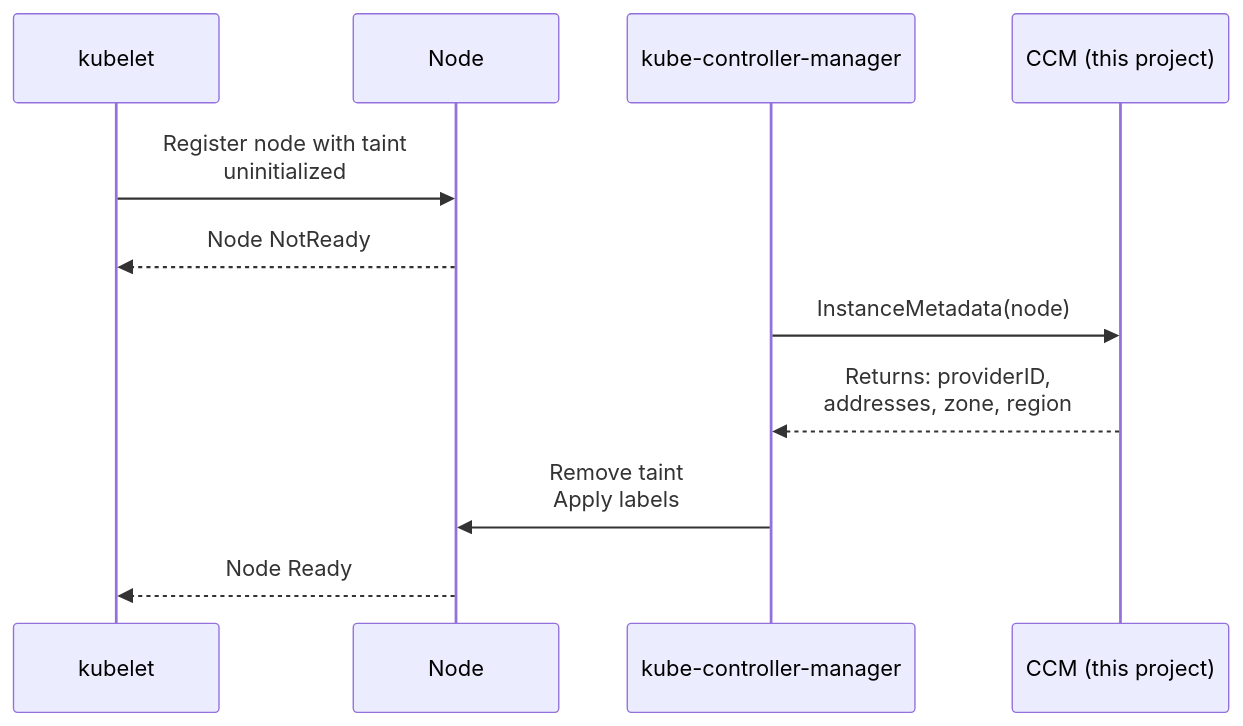
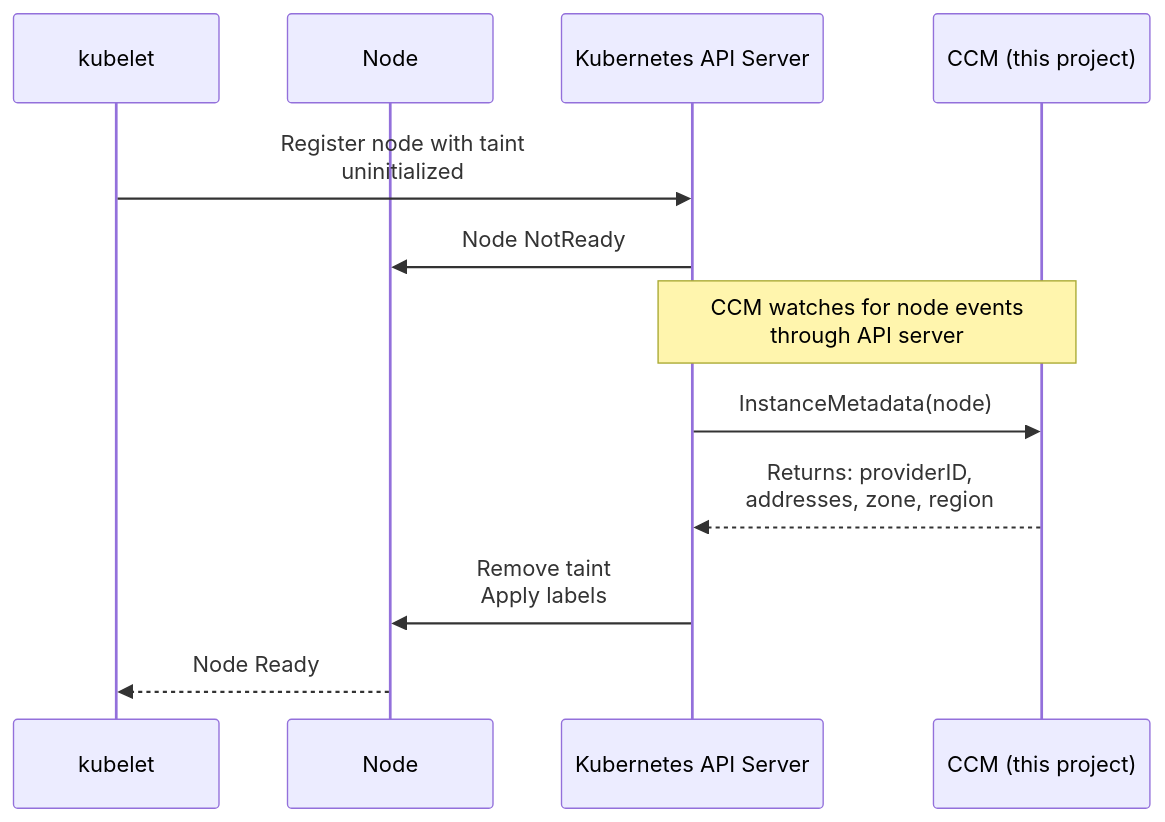
Before and after one commit to revoltez/ccm: the diagram in README.md, drawn with Mermaid. The commit also changed other lines of this file, not shown here.

Commit message:
docs: actually the CCM calls the api server

````diff
--- a/README.md
+++ b/README.md
@@ -101,16 +101,17 @@
 ```mermaid
 sequenceDiagram
     participant K as kubelet
     participant N as Node
-    participant KCM as kube-controller-manager
+    participant API as Kubernetes API Server
     participant CCM as CCM (this project)
 
-    K->>N: Register node with taint<br/>uninitialized
-    N-->>K: Node NotReady
+    K->>API: Register node with taint<br/>uninitialized
+    API->>N: Node NotReady
 
-    KCM->>CCM: InstanceMetadata(node)
-    CCM-->>KCM: Returns: providerID,<br/>addresses, zone, region
+    Note over API,CCM: CCM watches for node events<br/>through API server
 
-    KCM->>N: Remove taint<br/>Apply labels
+    API->>CCM: InstanceMetadata(node)
+    CCM-->>API: Returns: providerID,<br/>addresses, zone, region
+    API->>N: Remove taint<br/>Apply labels
     N-->>K: Node Ready
 ```
````
